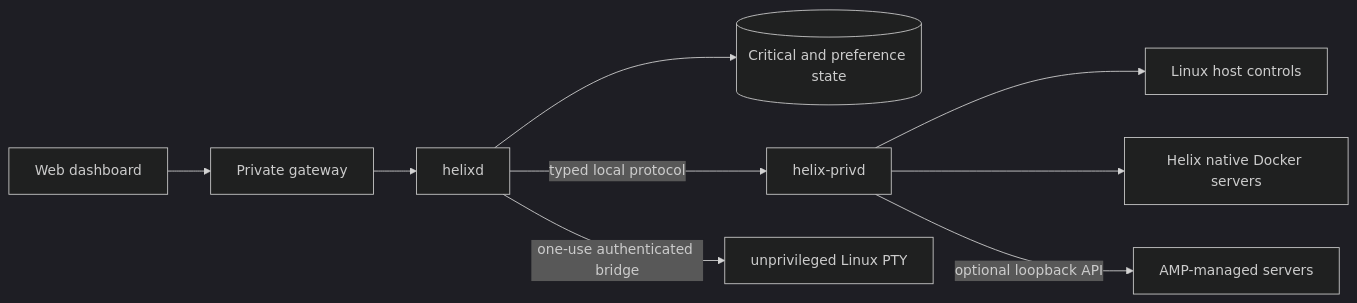
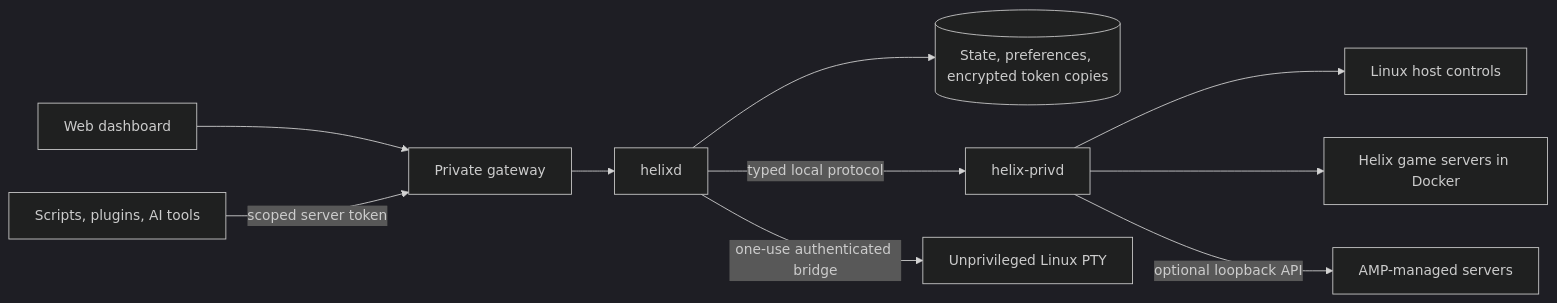
Before and after one commit to Riqqqque/Helix: the diagram in README.md, drawn with Mermaid (dark theme). The commit also changed other lines of this file and 14 other files, not shown here.

````diff
--- a/README.md
+++ b/README.md
@@ -184,11 +172,12 @@
 ```mermaid
 flowchart LR
   Browser[Web dashboard] --> Gateway[Private gateway]
+  Tools[Scripts, plugins, AI tools] -->|scoped server token| Gateway
   Gateway --> Daemon[helixd]
-  Daemon --> State[(Critical and preference state)]
+  Daemon --> State[(State, preferences, encrypted token copies)]
   Daemon -->|typed local protocol| Broker[helix-privd]
-  Daemon -->|one-use authenticated bridge| Terminal[unprivileged Linux PTY]
+  Daemon -->|one-use authenticated bridge| Terminal[Unprivileged Linux PTY]
   Broker --> Host[Linux host controls]
-  Broker --> Native[Helix native Docker servers]
+  Broker --> Native[Helix game servers in Docker]
   Broker -->|optional loopback API| AMP[AMP-managed servers]
 ```
````
